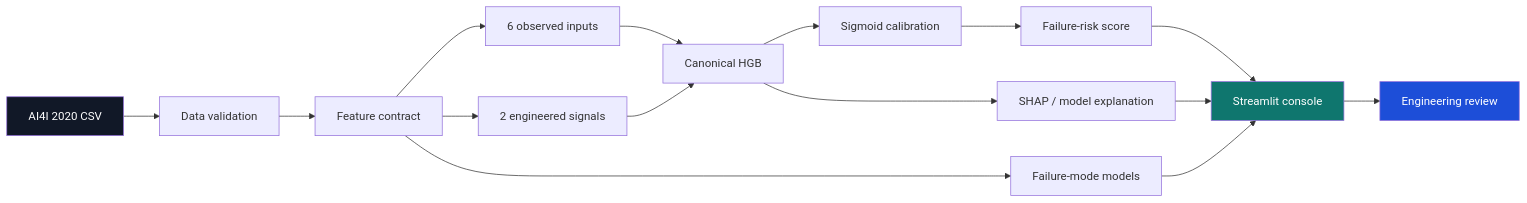
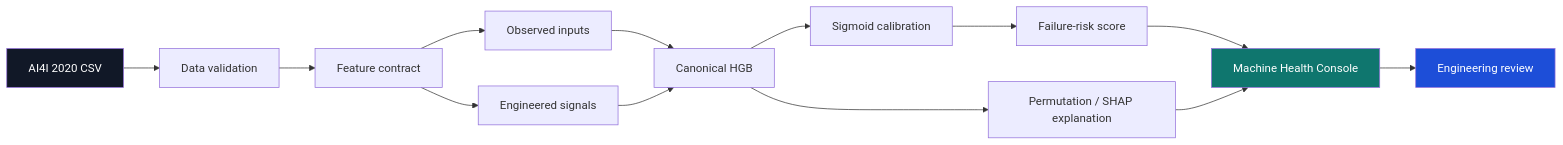
Before and after one commit to sanketnichit/aeris-machine-health-intelligence: the diagram in README.md, drawn with Mermaid. The commit also changed other lines of this file and 29 other files, not shown here.

````diff
--- a/README.md
+++ b/README.md
@@ -90,20 +89,18 @@
 ```mermaid
 flowchart LR
     A[AI4I 2020 CSV] --> B[Data validation]
     B --> C[Feature contract]
-    C --> D[6 observed inputs]
-    C --> E[2 engineered signals]
+    C --> D[Observed inputs]
+    C --> E[Engineered signals]
     D --> F[Canonical HGB]
     E --> F
     F --> G[Sigmoid calibration]
     G --> H[Failure-risk score]
-    F --> I[SHAP / model explanation]
-    C --> J[Failure-mode models]
-    H --> K[Streamlit console]
-    I --> K
-    J --> K
-    K --> L[Engineering review]
+    F --> I[Permutation / SHAP explanation]
+    H --> J[Machine Health Console]
+    I --> J
+    J --> K[Engineering review]
     style A fill:#111827,color:#fff
-    style K fill:#0f766e,color:#fff
-    style L fill:#1d4ed8,color:#fff
+    style J fill:#0f766e,color:#fff
+    style K fill:#1d4ed8,color:#fff
 ```
````
